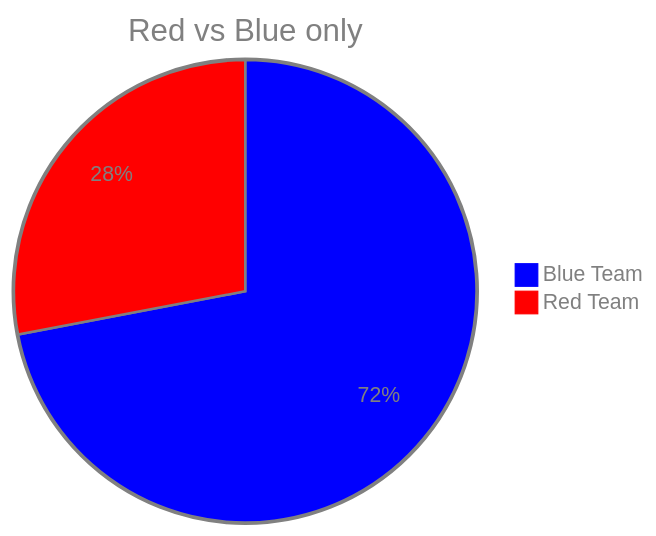
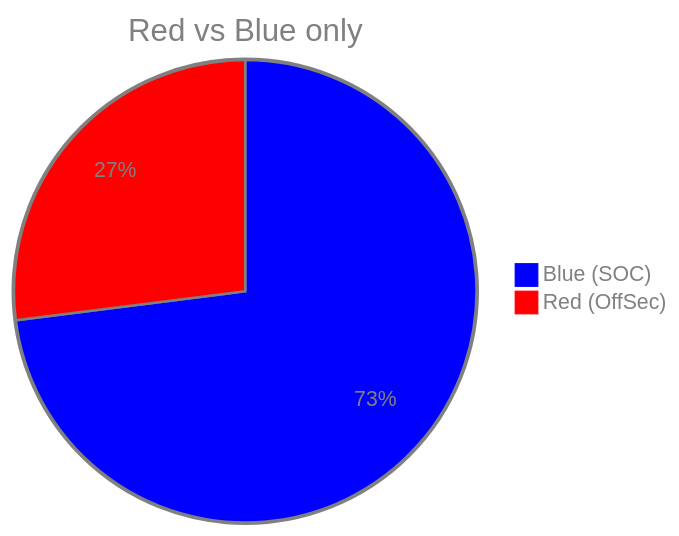
One commit to felickz/felickz changed the third of 3 diagrams in README-colorwheel.md. Above: the diagram before and after it, drawn with Mermaid. The commit also changed other lines of this file, not shown here.

````diff
--- a/README-colorwheel.md
+++ b/README-colorwheel.md
@@ -42,7 +42,7 @@
 ```mermaid
 %%{init: {'theme': 'base', 'themeVariables': { 'pie1': '#0000FF', 'pie2': '#ff0000', 'pieOpacity': '1', 'pieStrokeColor': '#808080', 'pieOuterStrokeColor': '#808080', 'pieTitleTextColor': '#808080', 'pieLegendTextColor': '#808080', 'pieSectionTextColor': '#808080'}}}%%
 pie
   title Red vs Blue only
-  "Blue Team" : 72
-  "Red Team" : 28
+  "Blue (SOC)" : 73
+  "Red (OffSec)" : 27
 ```
````
